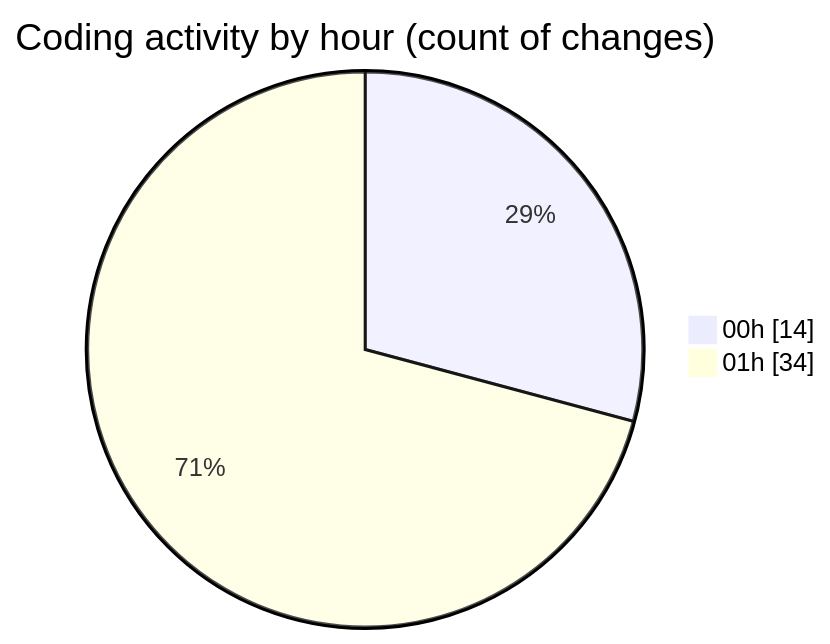
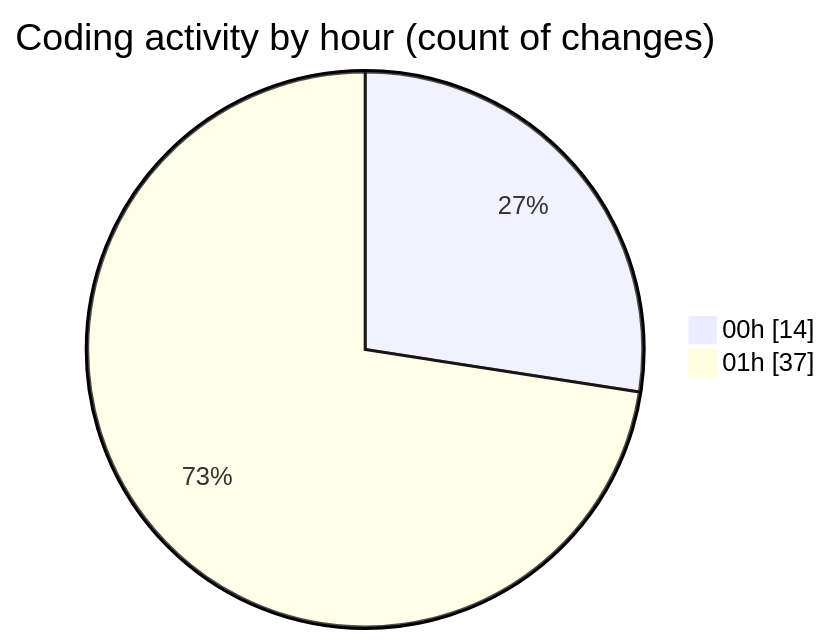
One commit to momahboobian/code-tracking changed the second of 2 diagrams in 2025-01-11/good-pr/README.md. Above: the diagram before and after it, drawn with Mermaid. The commit also changed other lines of this file and 1 other file, not shown here.

````diff
--- a/2025-01-11/good-pr/README.md
+++ b/2025-01-11/good-pr/README.md
@@ -47,6 +47,6 @@
 ```mermaid
 pie showData
 title Coding activity by hour (count of changes)
 "00h" : 14
-"01h" : 34
+"01h" : 37
 ```
````
